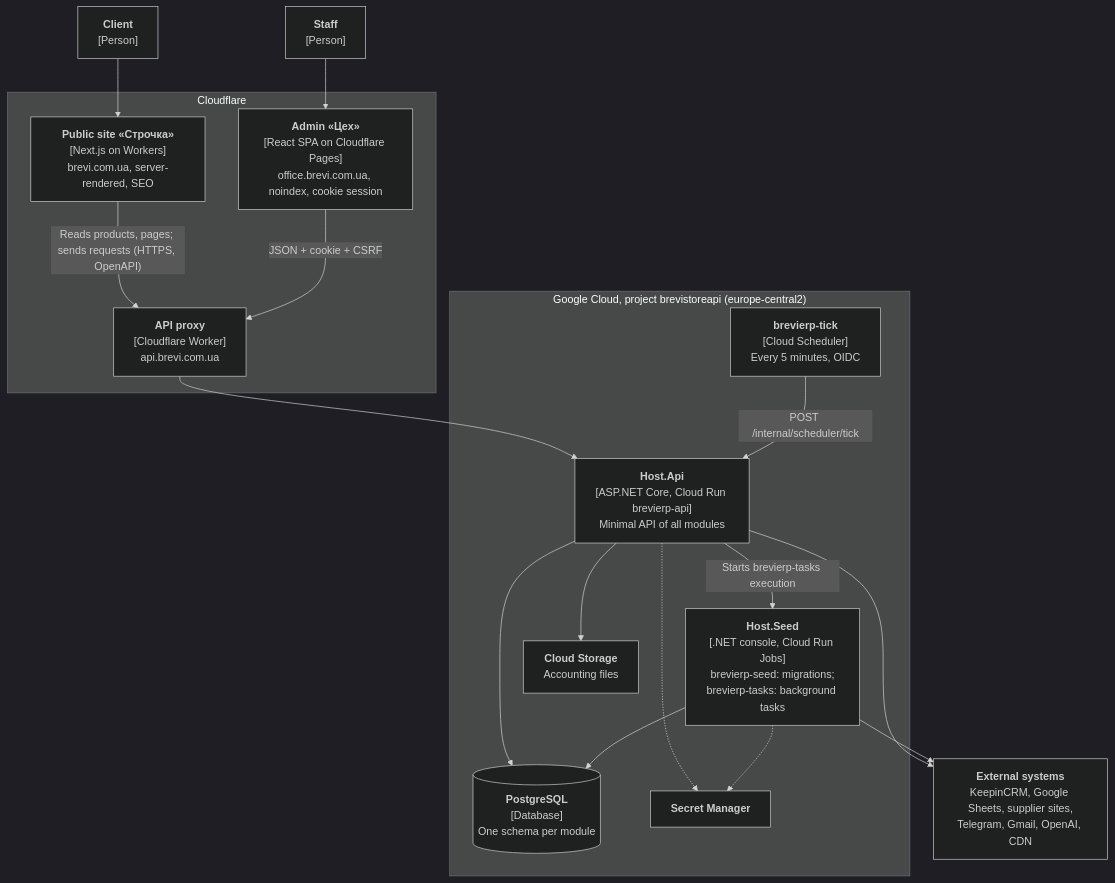
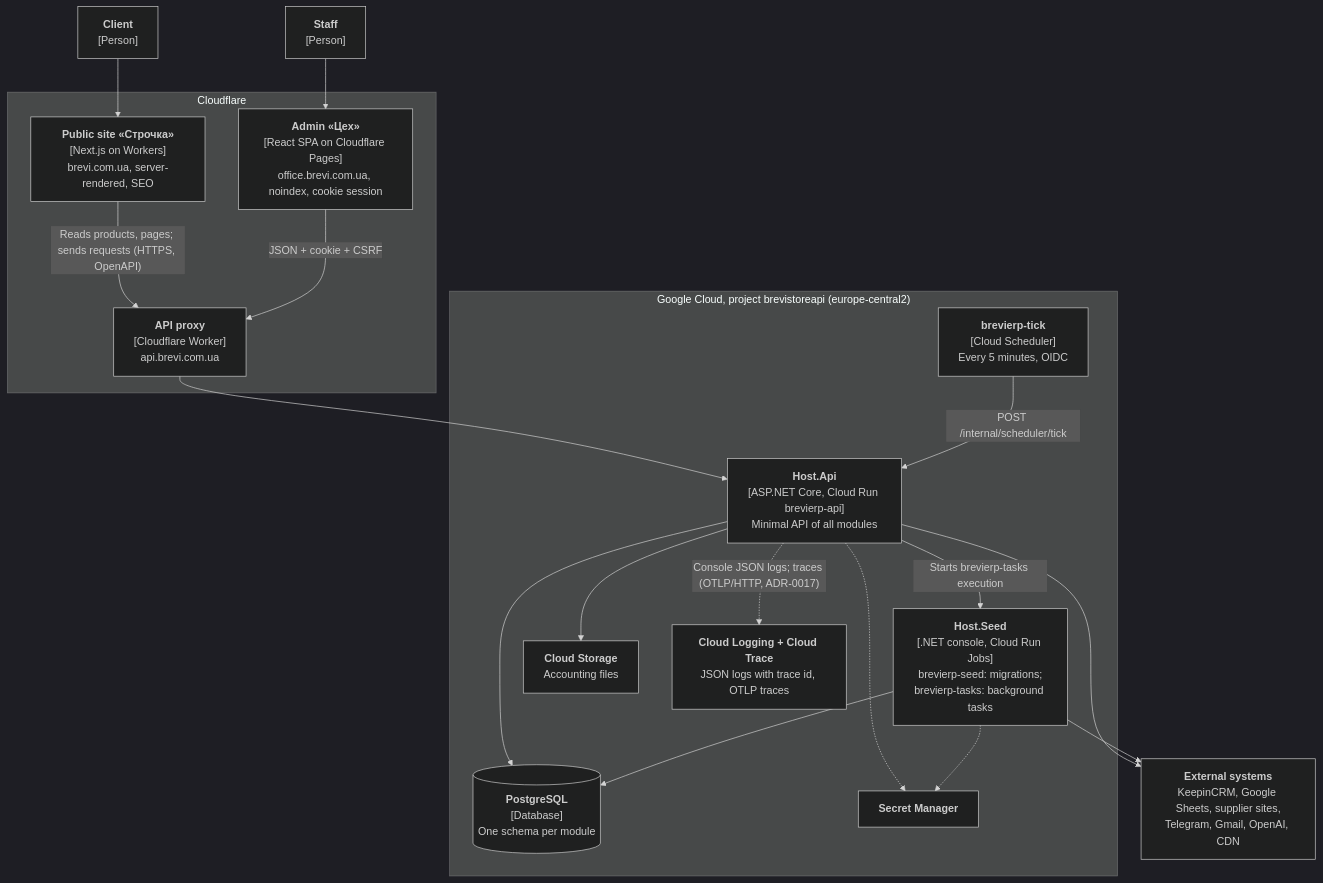
Before and after one commit to Weretik/BreviERP: the second of 4 diagrams in docs/sdd/architecture/c4/README.md, drawn with Mermaid (dark theme). The commit also changed 26 other files, not shown here.

First line of the commit message:
Trace API requests to Google Cloud Trace and link logs to traces

````diff
--- a/docs/sdd/architecture/c4/README.md
+++ b/docs/sdd/architecture/c4/README.md
@@ -39,37 +39,39 @@
 ```mermaid
 flowchart TB
     client["<b>Client</b><br/>[Person]"]
     staff["<b>Staff</b><br/>[Person]"]
 
     subgraph cf["Cloudflare"]
         site["<b>Public site «Строчка»</b><br/>[Next.js on Workers]<br/>brevi.com.ua, server-rendered, SEO"]
         admin["<b>Admin «Цех»</b><br/>[React SPA on Cloudflare Pages]<br/>office.brevi.com.ua, noindex, cookie session"]
         proxy["<b>API proxy</b><br/>[Cloudflare Worker]<br/>api.brevi.com.ua"]
     end
 
     subgraph gcp["Google Cloud, project brevistoreapi (europe-central2)"]
         api["<b>Host.Api</b><br/>[ASP.NET Core, Cloud Run brevierp-api]<br/>Minimal API of all modules"]
         seed["<b>Host.Seed</b><br/>[.NET console, Cloud Run Jobs]<br/>brevierp-seed: migrations;<br/>brevierp-tasks: background tasks"]
         tick["<b>brevierp-tick</b><br/>[Cloud Scheduler]<br/>Every 5 minutes, OIDC"]
         db[("<b>PostgreSQL</b><br/>[Database]<br/>One schema per module")]
         bucket["<b>Cloud Storage</b><br/>Accounting files"]
         secrets["<b>Secret Manager</b>"]
+        observability["<b>Cloud Logging + Cloud Trace</b><br/>JSON logs with trace id, OTLP traces"]
     end
 
     ext["<b>External systems</b><br/>KeepinCRM, Google Sheets, supplier sites,<br/>Telegram, Gmail, OpenAI, CDN"]
 
     client --> site
     staff --> admin
     site -->|"Reads products, pages; sends requests (HTTPS, OpenAPI)"| proxy
     admin -->|"JSON + cookie + CSRF"| proxy
     proxy --> api
     tick -->|"POST /internal/scheduler/tick"| api
     api -->|"Starts brevierp-tasks execution"| seed
     api --> db
     seed --> db
     api --> bucket
     api --> ext
     seed --> ext
     api -.-> secrets
+    api -.->|"Console JSON logs; traces (OTLP/HTTP, ADR-0017)"| observability
     seed -.-> secrets
 ```
````
